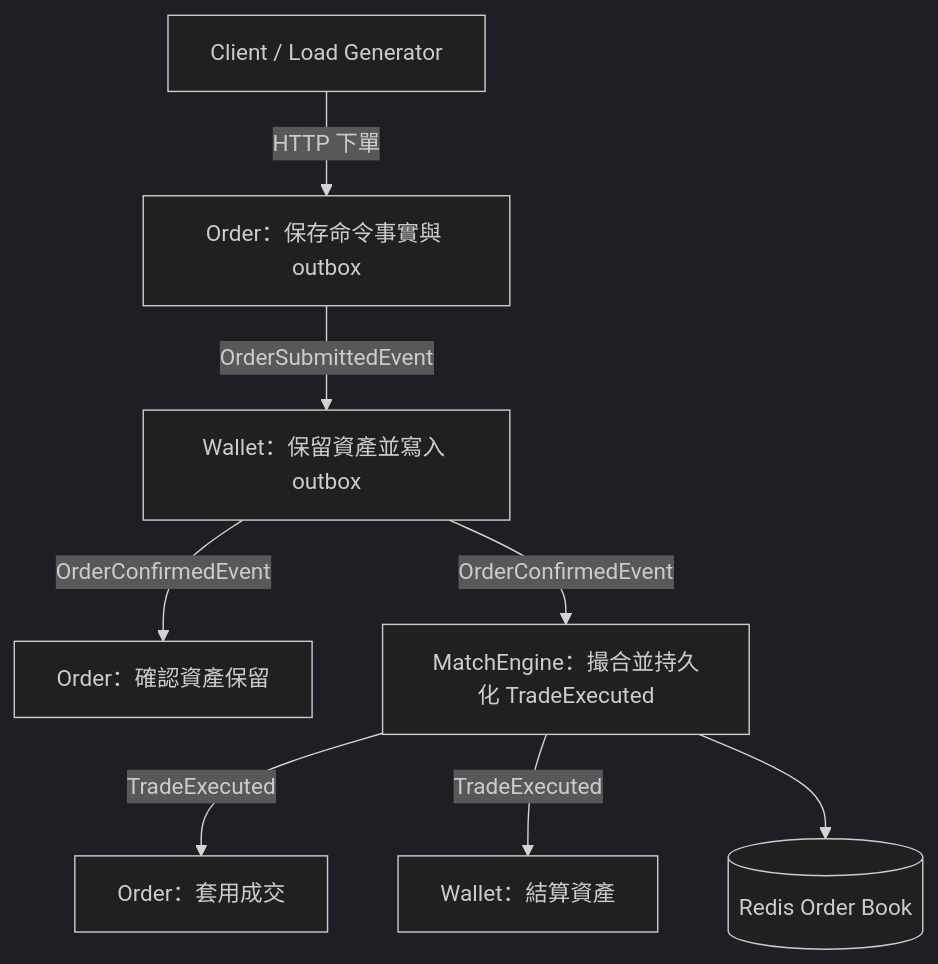
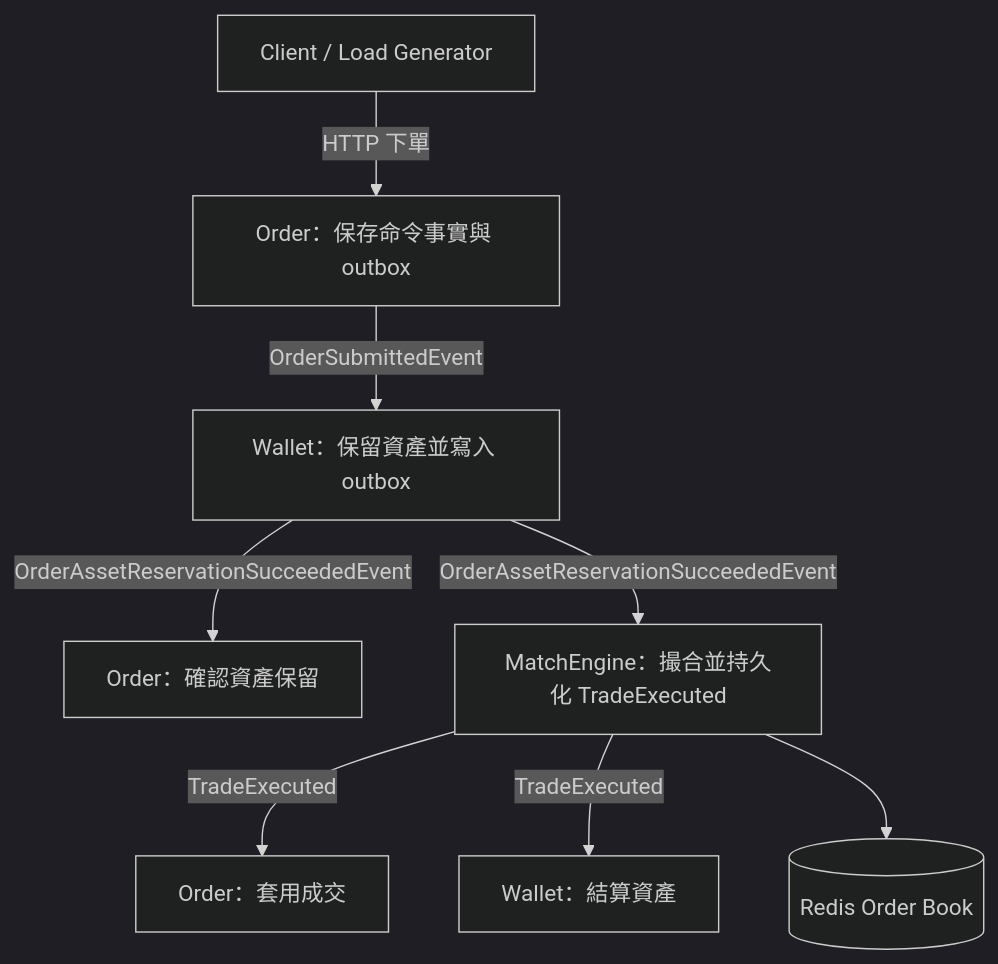
One commit to Yitin-tsai/eap-infra changed the first of 5 diagrams in docs/architecture.zh-TW.md. Above: the diagram before and after it, drawn with Mermaid (dark theme). The commit also changed other lines of this file and 34 other files, not shown here.

````diff
--- a/docs/architecture.zh-TW.md
+++ b/docs/architecture.zh-TW.md
@@ -50,10 +50,10 @@
 ```mermaid
 graph TD
     client["Client / Load Generator"] -->|HTTP 下單| orderAccept["Order：保存命令事實與 outbox"]
     orderAccept -->|OrderSubmittedEvent| walletReserve["Wallet：保留資產並寫入 outbox"]
-    walletReserve -->|OrderConfirmedEvent| orderConfirm["Order：確認資產保留"]
-    walletReserve -->|OrderConfirmedEvent| match["MatchEngine：撮合並持久化 TradeExecuted"]
+    walletReserve -->|OrderAssetReservationSucceededEvent| orderConfirm["Order：確認資產保留"]
+    walletReserve -->|OrderAssetReservationSucceededEvent| match["MatchEngine：撮合並持久化 TradeExecuted"]
     match -->|TradeExecuted| orderApply["Order：套用成交"]
     match -->|TradeExecuted| walletSettle["Wallet：結算資產"]
     match --> redis[("Redis Order Book")]
 ```
````
